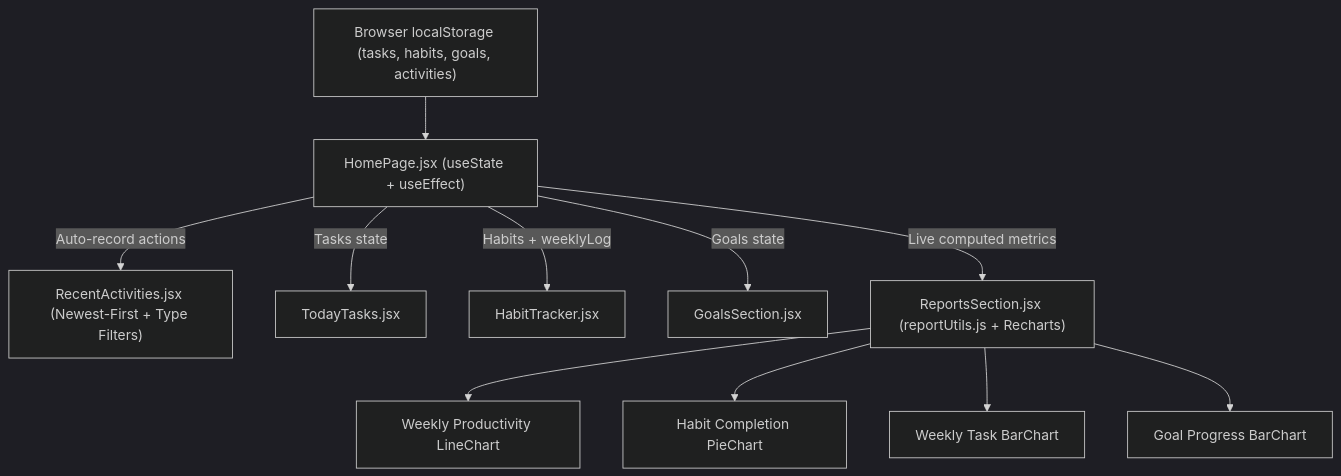
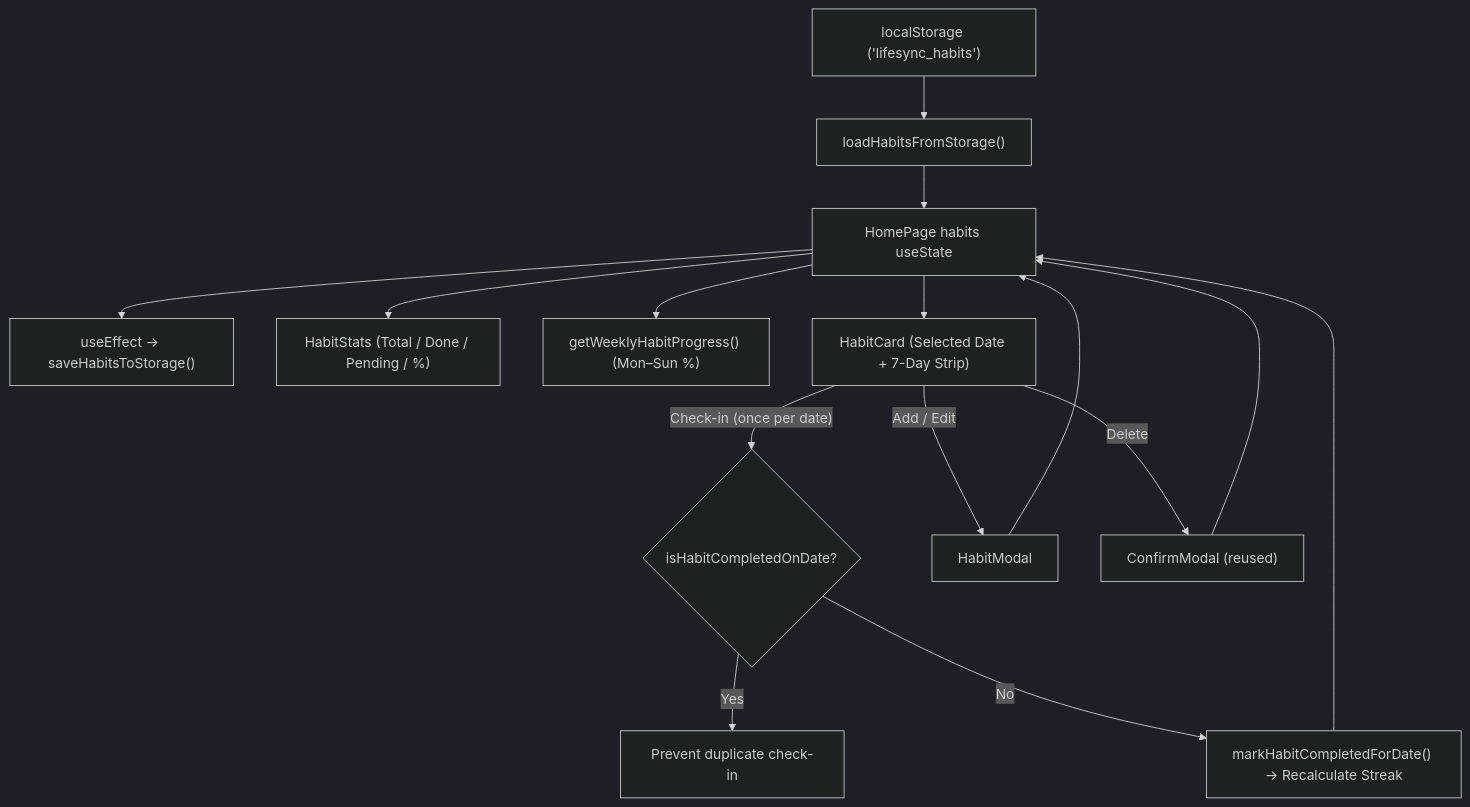
One commit to vedikamande/LifeSync changed the first of 2 diagrams in personname.md. Above: the diagram before and after it, drawn with Mermaid (dark theme). The commit also changed other lines of this file and 10 other files, not shown here.

Commit message:
Implement Phase 4 Habit Tracker with streaks, weekly progress, and localStorage

````diff
--- a/personname.md
+++ b/personname.md
@@ -93,13 +84,17 @@
 ```mermaid
 flowchart TD
-    LS["Browser localStorage (tasks, habits, goals, activities)"] --> Home["HomePage.jsx (useState + useEffect)"]
-    Home -->|"Auto-record actions"| Act["RecentActivities.jsx (Newest-First + Type Filters)"]
-    Home -->|"Tasks state"| Tasks["TodayTasks.jsx"]
-    Home -->|"Habits + weeklyLog"| Habits["HabitTracker.jsx"]
-    Home -->|"Goals state"| Goals["GoalsSection.jsx"]
-    Home -->|"Live computed metrics"| Reports["ReportsSection.jsx (reportUtils.js + Recharts)"]
-    Reports --> Line["Weekly Productivity LineChart"]
-    Reports --> Pie["Habit Completion PieChart"]
-    Reports --> TaskBar["Weekly Task BarChart"]
-    Reports --> GoalBar["Goal Progress BarChart"]
+    Storage["localStorage ('lifesync_habits')"] --> Load["loadHabitsFromStorage()"]
+    Load --> State["HomePage habits useState"]
+    State --> Save["useEffect -> saveHabitsToStorage()"]
+    State --> Stats["HabitStats (Total / Done / Pending / %)"]
+    State --> Weekly["getWeeklyHabitProgress() (Mon–Sun %)"]
+    State --> Cards["HabitCard (Selected Date + 7-Day Strip)"]
+    Cards -->|"Check-in (once per date)"| Guard{"isHabitCompletedOnDate?"}
+    Guard -->|"Yes"| Block["Prevent duplicate check-in"]
+    Guard -->|"No"| Update["markHabitCompletedForDate() -> Recalculate Streak"]
+    Update --> State
+    Cards -->|"Add / Edit"| Modal["HabitModal"]
+    Cards -->|"Delete"| Confirm["ConfirmModal (reused)"]
+    Modal --> State
+    Confirm --> State
 ```
````
